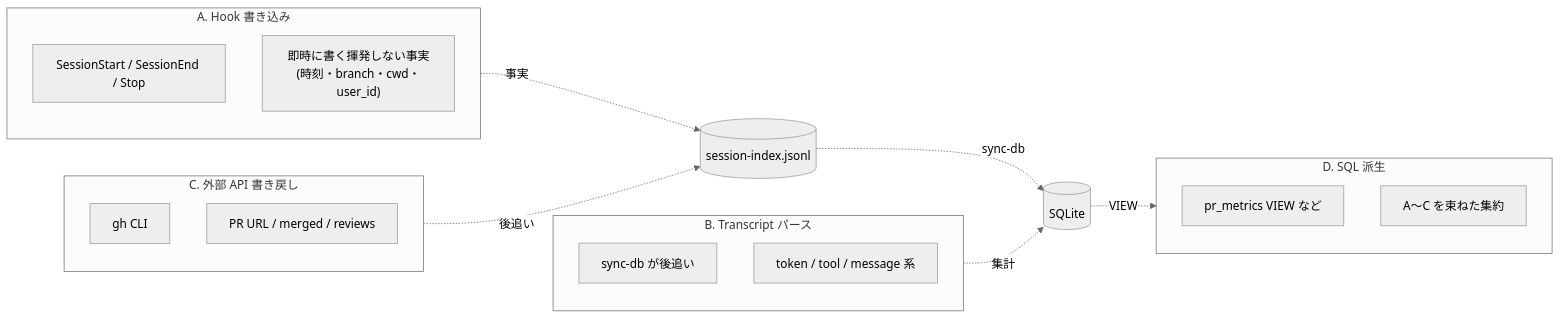
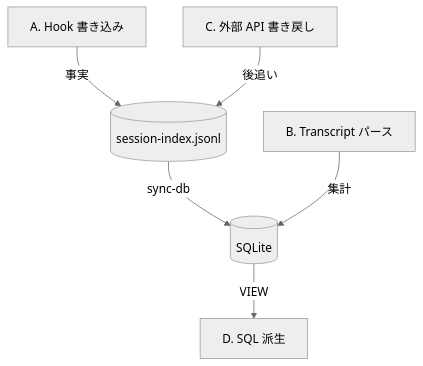
The fourth of 4 diagrams in site/content/explain/metrics/index.md (ishii1648/hitl-metrics), drawn with Mermaid (neutral theme) before and after one commit. The commit also changed other lines of this file, not shown here.

Commit message:
docs(site): trim cross-axis framing and shrink 4-category mermaid
intent(focus): 仕組み解説の metrics ページは「観察軸の本質」だけ残し、観察しないことのカタログや横断軸メタ枠は docs/metrics.md（reference 正本）に任せる
decision(drop-cross-axis): 横断軸（agent 間 / version 跨ぎ）の枠組みを除去 — 主軸 2 つの絞り込み視点としては自明で、図と表の説明をかえって薄めていた
decision(drop-non-goals): 「観察しないこと」表は docs/metrics.md L99 と完全重複していたため、explain 側を削除して reference へ一元化
decision(category-flow-only): 4 収集カテゴリの mermaid から subgraph と node 内説明文を削り、A/B/C → JSONL/SQL → D のフローだけを残す。Hextra のコンテンツ列幅で 4 サブグラフが横並びになると個々のラベルが潰れていたため、説明は直下の表に分担
rejected(force-larger-svg): mermaid init で fontSize を上げる案 — テーマ全体に影響して他の図が崩れるリスクがあり、図を簡素化する方が筋が良い

````diff
--- a/site/content/explain/metrics/index.md
+++ b/site/content/explain/metrics/index.md
@@ -112,28 +84,15 @@
 ```mermaid
-flowchart LR
-    subgraph A["A. Hook 書き込み"]
-        A1["SessionStart / SessionEnd / Stop"]
-        A2["即時に書く揮発しない事実<br/>(時刻・branch・cwd・user_id)"]
-    end
+flowchart TB
+    A["A. Hook 書き込み"]
+    C["C. 外部 API 書き戻し"]
+    B["B. Transcript パース"]
+    D["D. SQL 派生"]
+    JSONL[("session-index.jsonl")]
+    SQL[("SQLite")]
 
-    subgraph B["B. Transcript パース"]
-        B1["sync-db が後追い"]
-        B2["token / tool / message 系"]
-    end
-
-    subgraph C["C. 外部 API 書き戻し"]
-        C1["gh CLI"]
-        C2["PR URL / merged / reviews"]
-    end
-
-    subgraph D["D. SQL 派生"]
-        D1["pr_metrics VIEW など"]
-        D2["A〜C を束ねた集約"]
-    end
-
-    A -.事実.-> JSONL[("session-index.jsonl")]
-    C -.後追い.-> JSONL
-    B -.集計.-> SQL[("SQLite")]
-    JSONL -.sync-db.-> SQL
-    SQL -.VIEW.-> D
+    A -- 事実 --> JSONL
+    C -- 後追い --> JSONL
+    JSONL -- sync-db --> SQL
+    B -- 集計 --> SQL
+    SQL -- VIEW --> D
 ```
````
